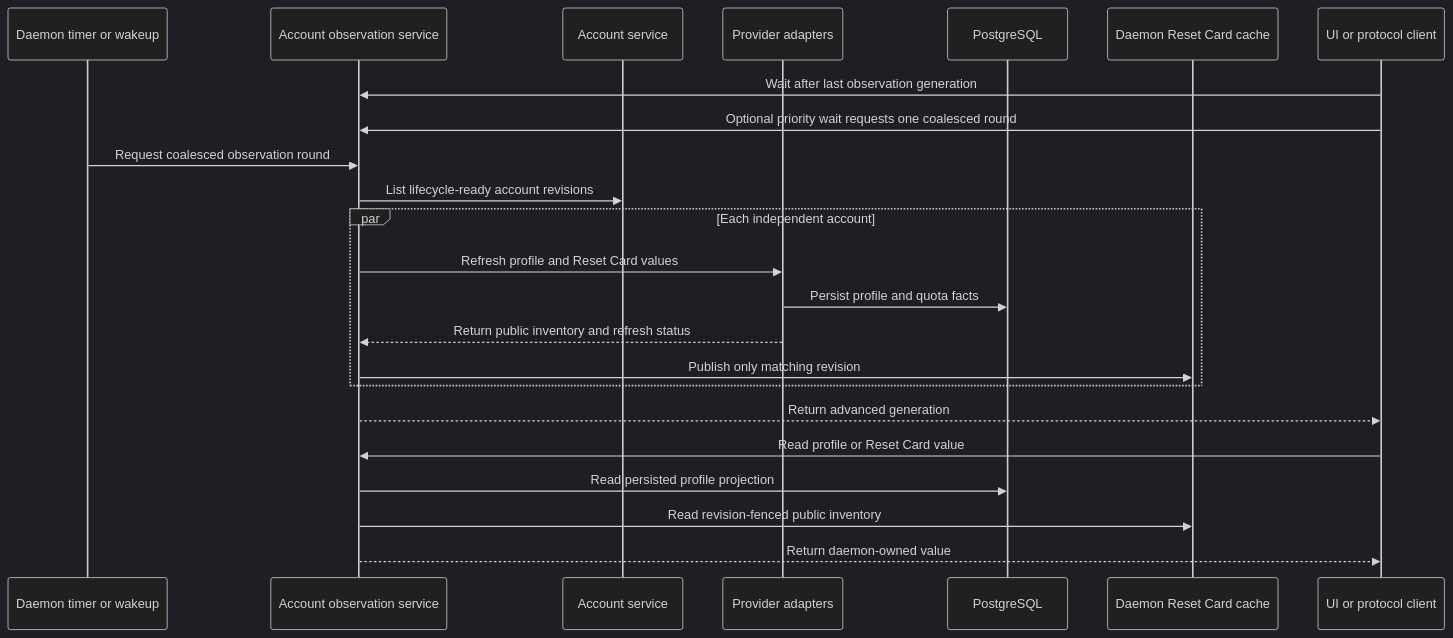
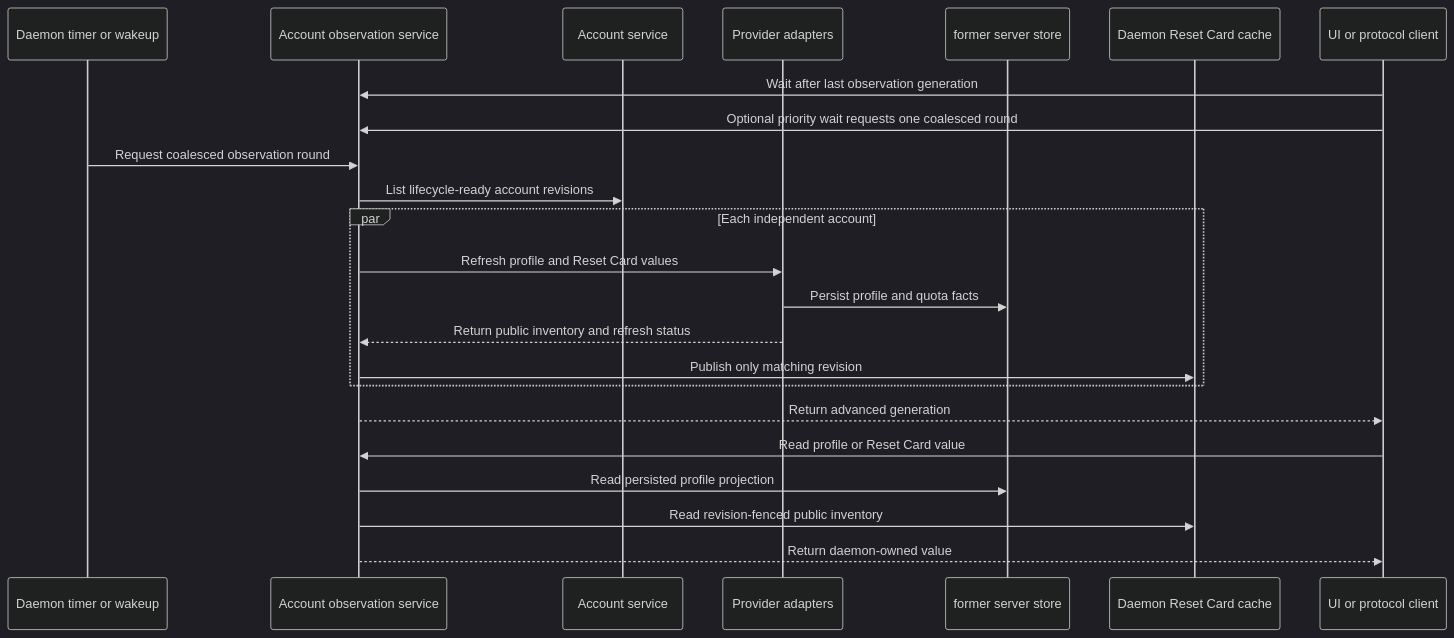
The diagram in openwiki/specs/account-lifecycle-authority.md (acg-box/decodex), drawn with Mermaid (dark theme) before and after one commit. The commit also changed other lines of this file and 135 other files, not shown here.

Commit message:
Remove obsolete Adaptive Program factory flow and GitHub signal ingestion

````diff
--- a/openwiki/specs/account-lifecycle-authority.md
+++ b/openwiki/specs/account-lifecycle-authority.md
@@ -374,26 +374,26 @@
 ```mermaid
 sequenceDiagram
     participant Timer as Daemon timer or wakeup
     participant Observer as Account observation service
     participant Accounts as Account service
     participant Provider as Provider adapters
-    participant Store as PostgreSQL
+    participant Store as former server store
 	participant Cache as Daemon Reset Card cache
 	participant Client as UI or protocol client
 
 	Client->>Observer: Wait after last observation generation
 	Client->>Observer: Optional priority wait requests one coalesced round
 	Timer->>Observer: Request coalesced observation round
     Observer->>Accounts: List lifecycle-ready account revisions
     par Each independent account
         Observer->>Provider: Refresh profile and Reset Card values
         Provider->>Store: Persist profile and quota facts
         Provider-->>Observer: Return public inventory and refresh status
 		Observer->>Cache: Publish only matching revision
 	end
 	Observer-->>Client: Return advanced generation
 	Client->>Observer: Read profile or Reset Card value
     Observer->>Store: Read persisted profile projection
     Observer->>Cache: Read revision-fenced public inventory
     Observer-->>Client: Return daemon-owned value
 ```
````
